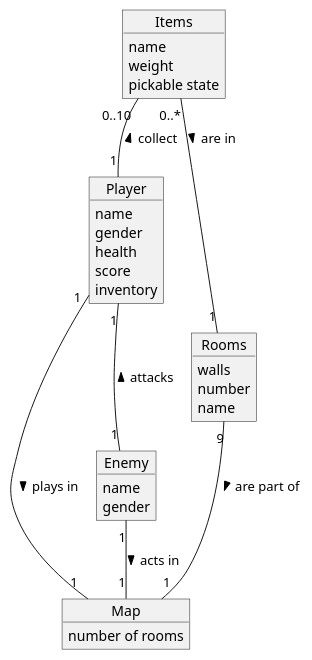
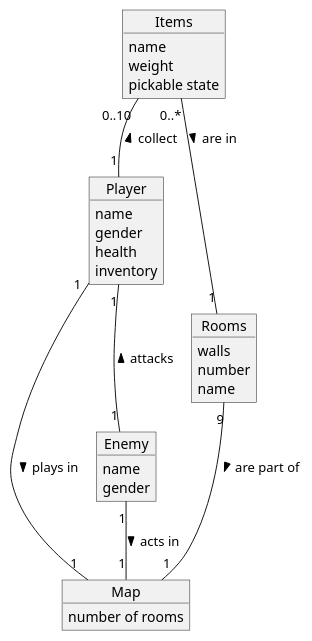
Before and after one commit to nardib/TextAdventure: the diagram in docs/uml/DomainModel.plantuml, drawn with PlantUML. The commit also changed 13 other files, not shown here.

Commit message:
updated diagrams

```diff
--- a/docs/uml/DomainModel.plantuml
+++ b/docs/uml/DomainModel.plantuml
@@ -1,36 +1,35 @@
 @startuml DomainModel
 
     object Player{
         name
         gender
         health
-        score
         inventory
     }
 
     object Map{
         number of rooms
     }
     object Rooms{
         walls
         number
         name
     }
     object Enemy{
         name
         gender
     }
     object Items{
         name
         weight
         pickable state
     }
 
     Player "1" -- "1" Enemy : attacks < 
     Rooms "9" -- "1" Map : are part of >
     Items "0..10" -- "1" Player : collect <
     Enemy "1" -- "1" Map : acts in >
     Player "1" -- "1" Map : plays in >
     Items "0..*" -- "1" Rooms : are in >
 
 @enduml
```
